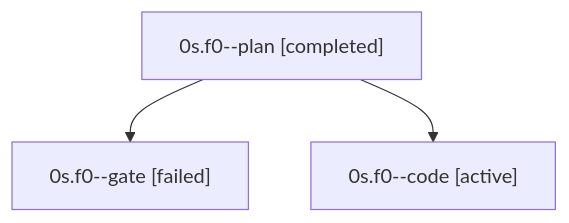
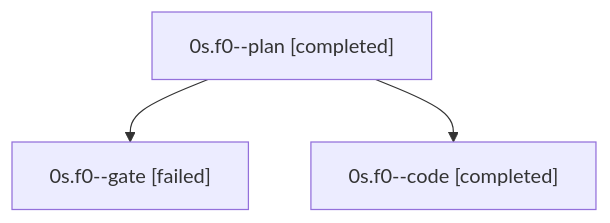
The diagram in families/bbugyi200.apollo.0s.f0.md (sase-org/sase--agents), drawn with Mermaid before and after one commit. The commit also changed other lines of this file and 57 other files, not shown here.

````diff
--- a/families/bbugyi200.apollo.0s.f0.md
+++ b/families/bbugyi200.apollo.0s.f0.md
@@ -9,8 +9,8 @@
 ```mermaid
 flowchart TD
   n0["0s.f0--plan [completed]"]
   n1["0s.f0--gate [failed]"]
   n0 --> n1
-  n2["0s.f0--code [active]"]
+  n2["0s.f0--code [completed]"]
   n0 --> n2
 ```
````
